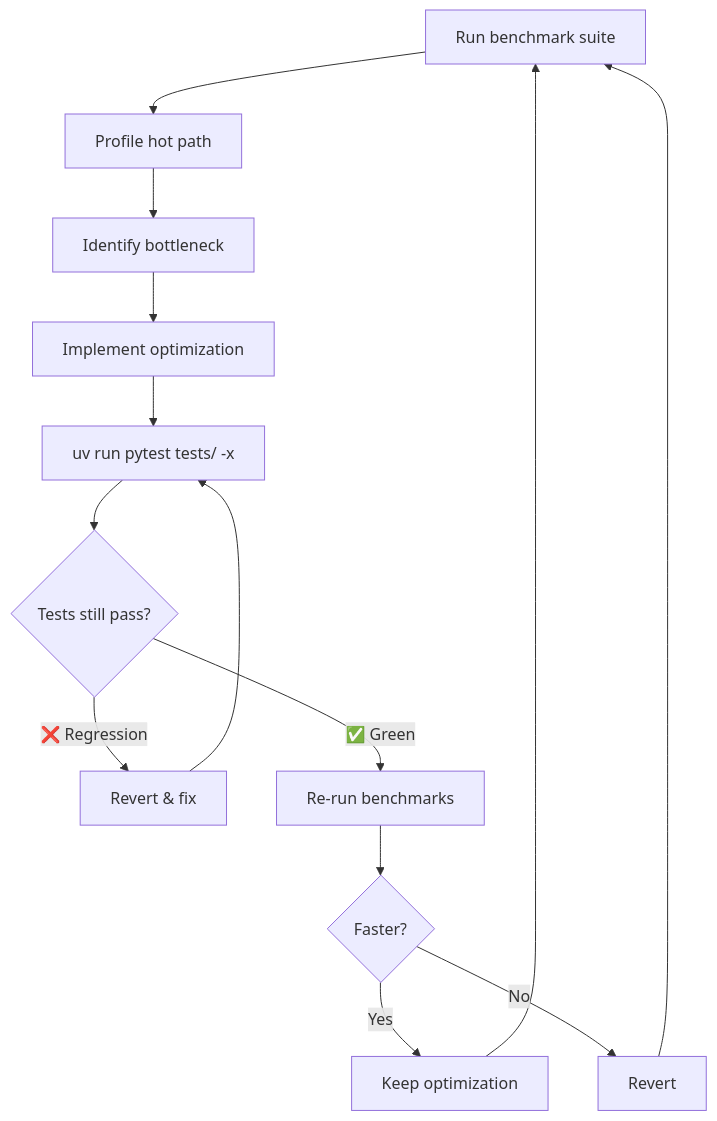
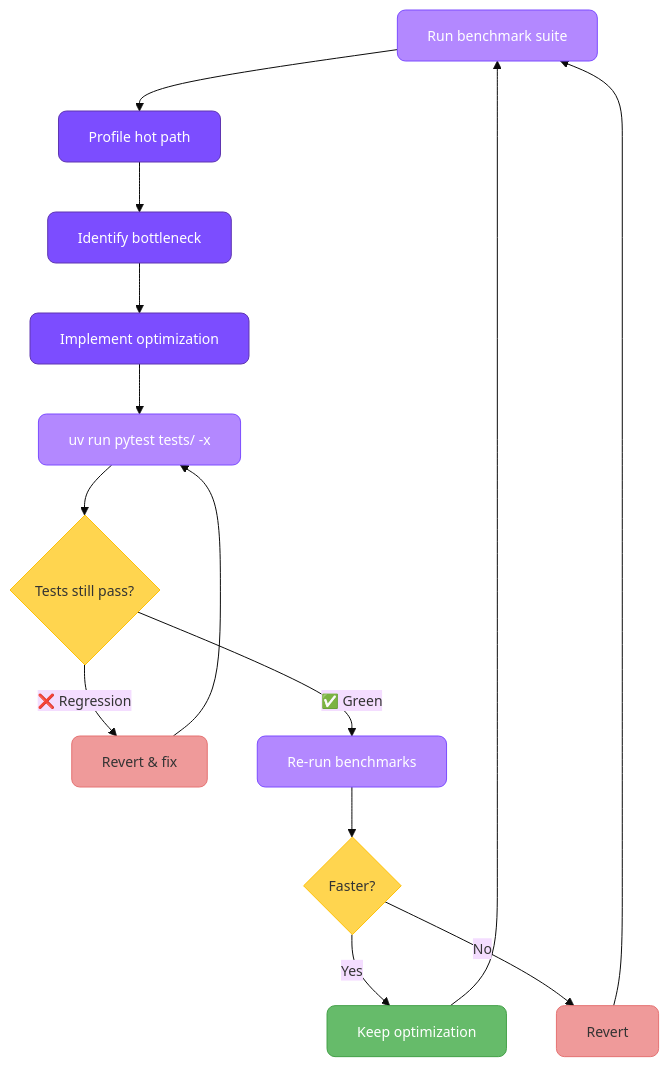
One commit to bmsuisse/httpxr changed the third of 3 diagrams in docs/how-it-was-built.md. Above: the diagram before and after it, drawn with Mermaid. The commit also changed other lines of this file and 6 other files, not shown here.

First line of the commit message:
docs: add 'Why This Exists' context and restyle mermaid charts

````diff
--- a/docs/how-it-was-built.md
+++ b/docs/how-it-was-built.md
@@ -72,16 +94,23 @@
 ```mermaid
+%%{init: {'theme': 'base', 'themeVariables': {'fontSize': '14px', 'fontFamily': 'Inter, sans-serif'}}}%%
 flowchart TD
-    A["Run benchmark suite"] --> B["Profile hot path"]
-    B --> C["Identify bottleneck"]
-    C --> D["Implement optimization"]
-    D --> E["uv run pytest tests/ -x"]
-    E --> F{"Tests still pass?"}
-    F -->|"❌ Regression"| G["Revert & fix"]
+    A["Run benchmark suite"]:::test --> B["Profile hot path"]:::work
+    B --> C["Identify bottleneck"]:::work
+    C --> D["Implement optimization"]:::work
+    D --> E["uv run pytest tests/ -x"]:::test
+    E --> F{"Tests still pass?"}:::decision
+    F -->|"❌ Regression"| G["Revert & fix"]:::fail
     G --> E
-    F -->|"✅ Green"| H["Re-run benchmarks"]
-    H --> I{"Faster?"}
-    I -->|"Yes"| J["Keep optimization"]
+    F -->|"✅ Green"| H["Re-run benchmarks"]:::test
+    H --> I{"Faster?"}:::decision
+    I -->|"Yes"| J["Keep optimization"]:::success
     J --> A
-    I -->|"No"| K["Revert"]
+    I -->|"No"| K["Revert"]:::fail
     K --> A
+
+    classDef work fill:#7C4DFF,stroke:#5E35B1,color:#fff,rx:8,ry:8
+    classDef test fill:#B388FF,stroke:#7C4DFF,color:#fff,rx:8,ry:8
+    classDef decision fill:#FFD54F,stroke:#FFC107,color:#333,rx:8,ry:8
+    classDef fail fill:#EF9A9A,stroke:#E57373,color:#333,rx:8,ry:8
+    classDef success fill:#66BB6A,stroke:#43A047,color:#fff,rx:8,ry:8
 ```
````
